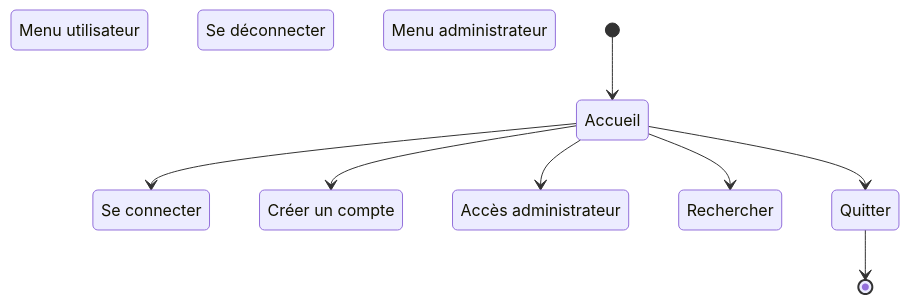
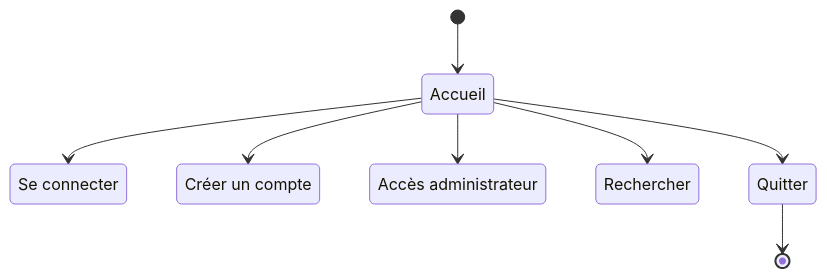
The second of 6 diagrams in doc/diag_activites.md (bbrunel/ENSAI-2A-projet-info), drawn with Mermaid before and after one commit.

Commit message:
modif diag act accueil

````diff
--- a/doc/diag_activites.md
+++ b/doc/diag_activites.md
@@ -87,23 +87,20 @@
 ```mermaid
 stateDiagram
     login : Se connecter
-    menu_utilisateur : Menu utilisateur
     logon : Créer un compte
-    logout : Se déconnecter
     admin : Accès administrateur
-    menu_admin : Menu administrateur
     
     [*] --> Accueil
     
     Accueil --> Rechercher
 
     Accueil --> login
     
     Accueil --> logon
 
     Accueil --> admin
     
     Accueil --> Quitter
     Quitter --> [*]
 
 ```
````
